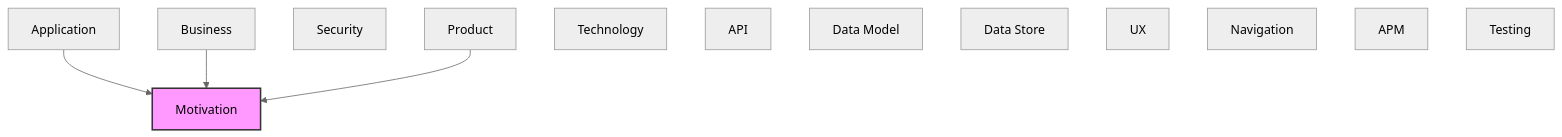
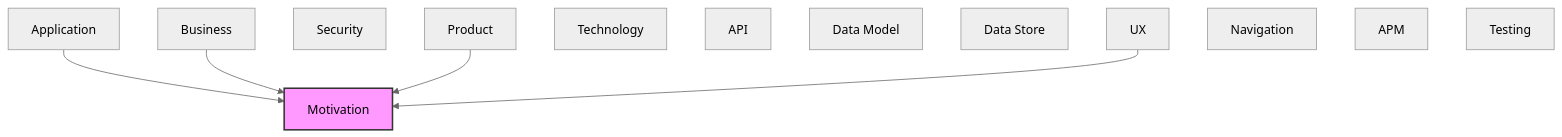
One commit to tinkermonkey/heimdall changed the second of 2 diagrams in documentation-robotics/reports/01-motivation-layer-report.md. Above: the diagram before and after it, drawn with Mermaid (neutral theme). The commit also changed other lines of this file and 41 other files, not shown here.

````diff
--- a/documentation-robotics/reports/01-motivation-layer-report.md
+++ b/documentation-robotics/reports/01-motivation-layer-report.md
@@ -55,21 +69,22 @@
 ```mermaid
 flowchart TB
   classDef current fill:#f9f,stroke:#333,stroke-width:2px
   motivation["Motivation"]
   business["Business"]
   product["Product"]
   security["Security"]
   application["Application"]
   technology["Technology"]
   api["API"]
   data_model["Data Model"]
   data_store["Data Store"]
   ux["UX"]
   navigation["Navigation"]
   apm["APM"]
   testing["Testing"]
   application --> motivation
   business --> motivation
   product --> motivation
+  ux --> motivation
   class motivation current
 ```
````
